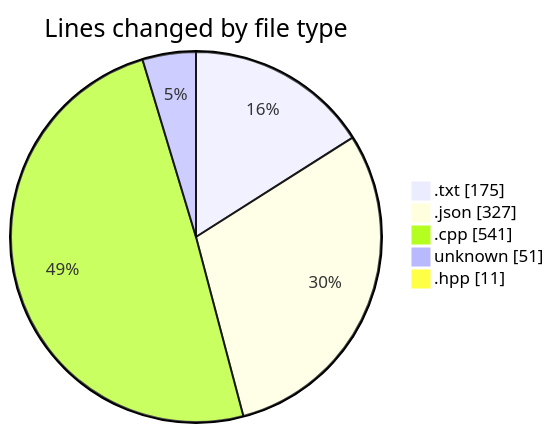
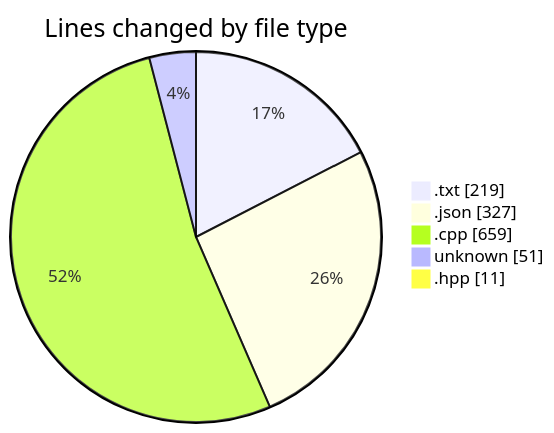
One commit to Netris89/code-tracking changed the first of 2 diagrams in 2025-04-07/echo/README.md. Above: the diagram before and after it, drawn with Mermaid. The commit also changed other lines of this file and 1 other file, not shown here.

````diff
--- a/2025-04-07/echo/README.md
+++ b/2025-04-07/echo/README.md
@@ -28,9 +28,9 @@
 ```mermaid
 pie showData
 title Lines changed by file type
-".txt" : 175
+".txt" : 219
 ".json" : 327
-".cpp" : 541
+".cpp" : 659
 "unknown" : 51
 ".hpp" : 11
 ```
````
